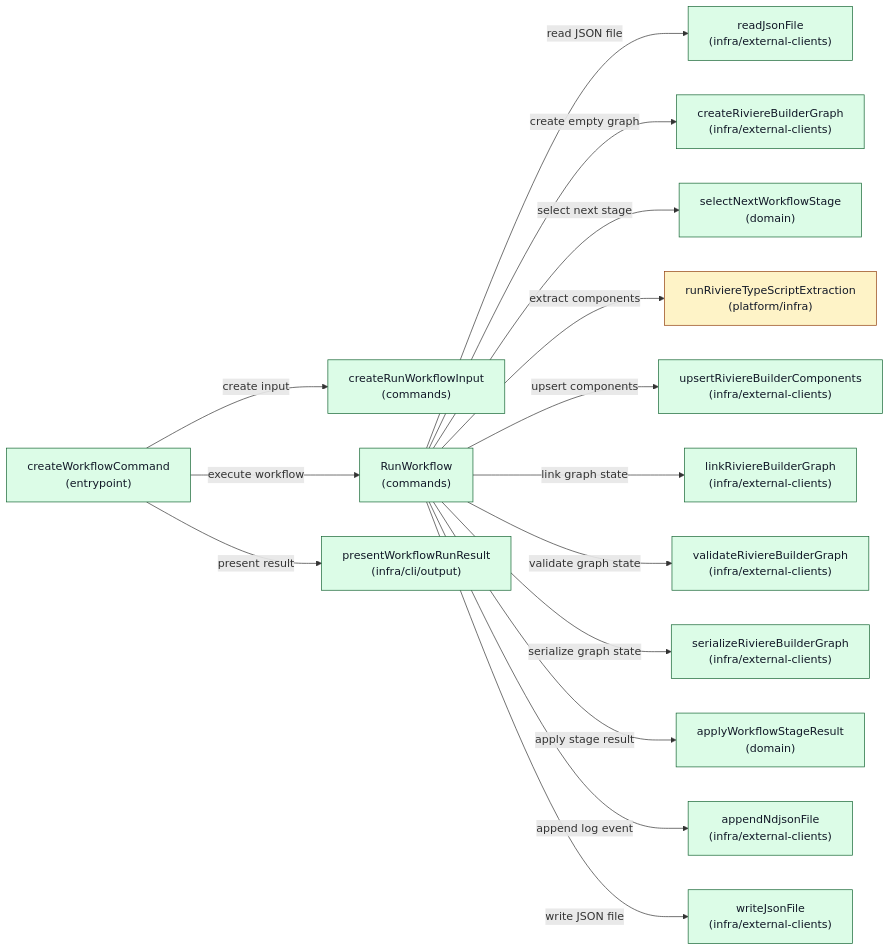
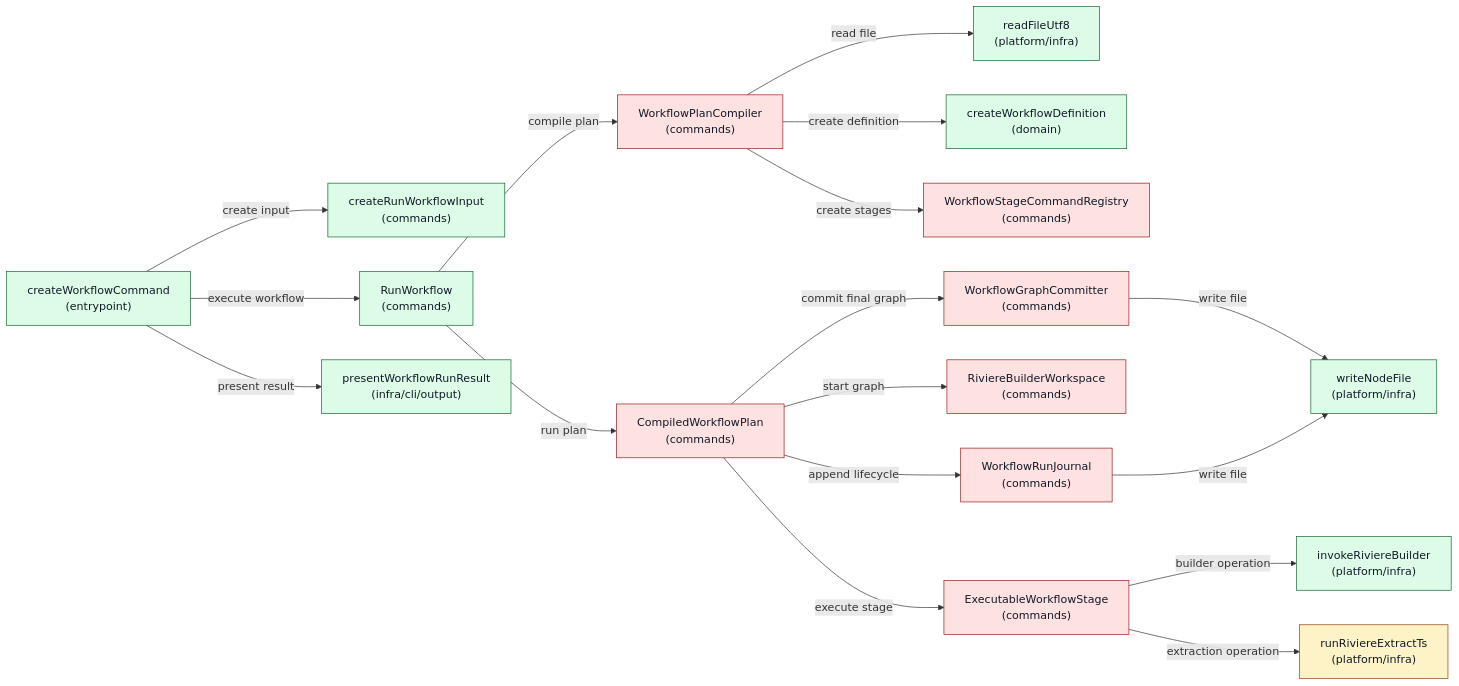
One commit to NTCoding/living-architecture changed the fourth of 6 diagrams in docs/project/PRD/riviere-extraction-workflows-v1/ARCH.md. Above: the diagram before and after it, drawn with Mermaid. The commit also changed other lines of this file and 4 other files, not shown here.

````diff
--- a/docs/project/PRD/riviere-extraction-workflows-v1/ARCH.md
+++ b/docs/project/PRD/riviere-extraction-workflows-v1/ARCH.md
@@ -99,51 +356,55 @@
 ```mermaid
 flowchart LR
   cli["createWorkflowCommand<br/>(entrypoint)"]
   inputFactory["createRunWorkflowInput<br/>(commands)"]
   useCase["RunWorkflow<br/>(commands)"]
-  definitionReader["readJsonFile<br/>(infra/external-clients)"]
-  graphFactory["createRiviereBuilderGraph<br/>(infra/external-clients)"]
-  foldNext["selectNextWorkflowStage<br/>(domain)"]
-  extractExecutor["runRiviereTypeScriptExtraction<br/>(platform/infra)"]
-  upsertExecutor["upsertRiviereBuilderComponents<br/>(infra/external-clients)"]
-  linkExecutor["linkRiviereBuilderGraph<br/>(infra/external-clients)"]
-  validateExecutor["validateRiviereBuilderGraph<br/>(infra/external-clients)"]
-  writeExecutor["serializeRiviereBuilderGraph<br/>(infra/external-clients)"]
-  foldApply["applyWorkflowStageResult<br/>(domain)"]
-  graphFile["writeJsonFile<br/>(infra/external-clients)"]
-  runLog["appendNdjsonFile<br/>(infra/external-clients)"]
+  compiler["WorkflowPlanCompiler<br/>(commands)"]
+  readFile["readFileUtf8<br/>(platform/infra)"]
+  definition["createWorkflowDefinition<br/>(domain)"]
+  stageRegistry["WorkflowStageCommandRegistry<br/>(commands)"]
+  plan["CompiledWorkflowPlan<br/>(commands)"]
+  stageCommand["ExecutableWorkflowStage<br/>(commands)"]
+  graphWorkspace["RiviereBuilderWorkspace<br/>(commands)"]
+  journal["WorkflowRunJournal<br/>(commands)"]
+  graphCommitter["WorkflowGraphCommitter<br/>(commands)"]
+  builderOps["invokeRiviereBuilder<br/>(platform/infra)"]
+  extractOps["runRiviereExtractTs<br/>(platform/infra)"]
+  fsOps["writeNodeFile<br/>(platform/infra)"]
   output["presentWorkflowRunResult<br/>(infra/cli/output)"]
   cli -->|create input| inputFactory
   cli -->|execute workflow| useCase
-  useCase -->|read JSON file| definitionReader
-  useCase -->|create empty graph| graphFactory
-  useCase -->|select next stage| foldNext
-  useCase -->|extract components| extractExecutor
-  useCase -->|upsert components| upsertExecutor
-  useCase -->|link graph state| linkExecutor
-  useCase -->|validate graph state| validateExecutor
-  useCase -->|serialize graph state| writeExecutor
-  useCase -->|apply stage result| foldApply
-  useCase -->|append log event| runLog
-  useCase -->|write JSON file| graphFile
+  useCase -->|compile plan| compiler
+  compiler -->|read file| readFile
+  compiler -->|create definition| definition
+  compiler -->|create stages| stageRegistry
+  useCase -->|run plan| plan
+  plan -->|start graph| graphWorkspace
+  plan -->|append lifecycle| journal
+  plan -->|execute stage| stageCommand
+  stageCommand -->|builder operation| builderOps
+  stageCommand -->|extraction operation| extractOps
+  plan -->|commit final graph| graphCommitter
+  graphCommitter -->|write file| fsOps
+  journal -->|write file| fsOps
   cli -->|present result| output
   classDef statusExisting fill:#e5e7eb,stroke:#374151,color:#111827
   classDef statusChanged fill:#fef3c7,stroke:#92400e,color:#111827
   classDef statusNew fill:#dcfce7,stroke:#166534,color:#111827
   classDef statusOpen fill:#fee2e2,stroke:#991b1b,color:#111827
   class cli statusNew
   class inputFactory statusNew
   class useCase statusNew
-  class definitionReader statusNew
-  class graphFactory statusNew
-  class foldNext statusNew
-  class extractExecutor statusChanged
-  class upsertExecutor statusNew
-  class linkExecutor statusNew
-  class validateExecutor statusNew
-  class writeExecutor statusNew
-  class foldApply statusNew
-  class graphFile statusNew
-  class runLog statusNew
+  class compiler statusOpen
+  class readFile statusNew
+  class definition statusNew
+  class stageRegistry statusOpen
+  class plan statusOpen
+  class stageCommand statusOpen
+  class graphWorkspace statusOpen
+  class journal statusOpen
+  class graphCommitter statusOpen
+  class builderOps statusNew
+  class extractOps statusChanged
+  class fsOps statusNew
   class output statusNew
 ```
````
